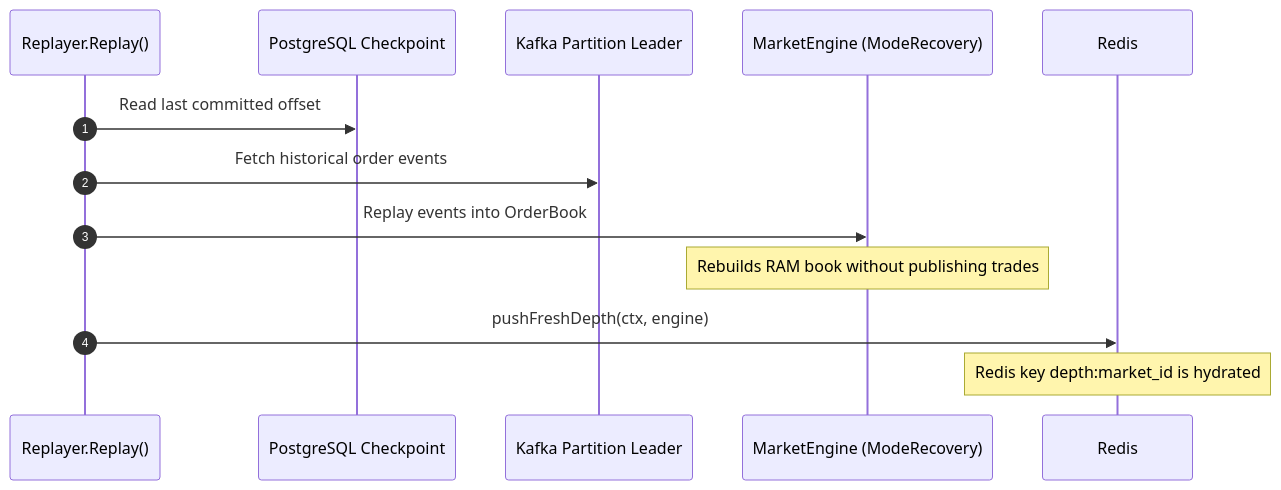
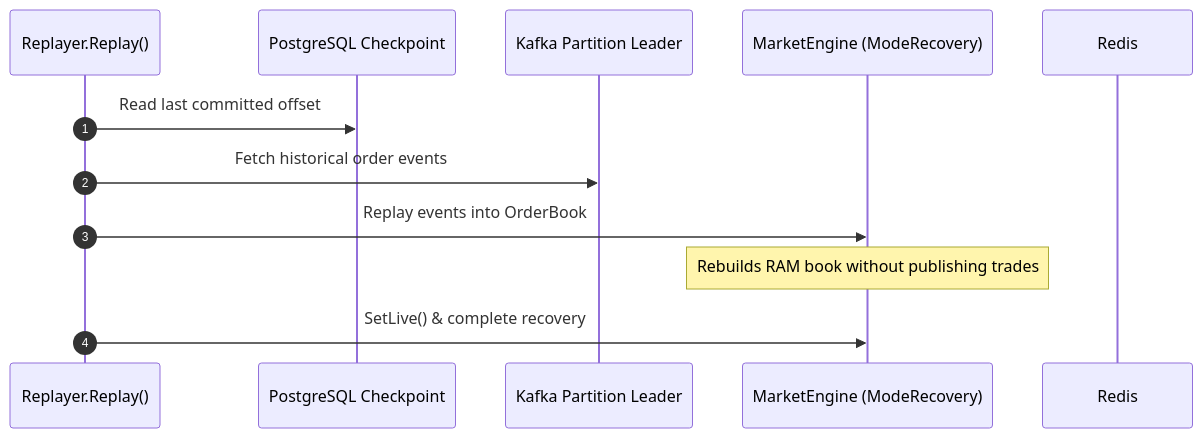
One commit to akhilbabu26/tradedrift changed the third of 4 diagrams in services/matching-engine/docs/REDIS_USAGE.md. Above: the diagram before and after it, drawn with Mermaid. The commit also changed other lines of this file and 7 other files, not shown here.

````diff
--- a/services/matching-engine/docs/REDIS_USAGE.md
+++ b/services/matching-engine/docs/REDIS_USAGE.md
@@ -177,16 +177,15 @@
 ```mermaid
 sequenceDiagram
     autonumber
     participant REP as Replayer.Replay()
     participant PG as PostgreSQL Checkpoint
     participant K as Kafka Partition Leader
     participant ME as MarketEngine (ModeRecovery)
     participant R as Redis
 
     REP->>PG: Read last committed offset
     REP->>K: Fetch historical order events
     REP->>ME: Replay events into OrderBook
-    Note over ME: Rebuilds RAM book without publishing trades
-    REP->>R: pushFreshDepth(ctx, engine)
-    Note over R: Redis key depth:market_id is hydrated
+     Note over ME: Rebuilds RAM book without publishing trades
+     REP->>ME: SetLive() & complete recovery
 ```
````
